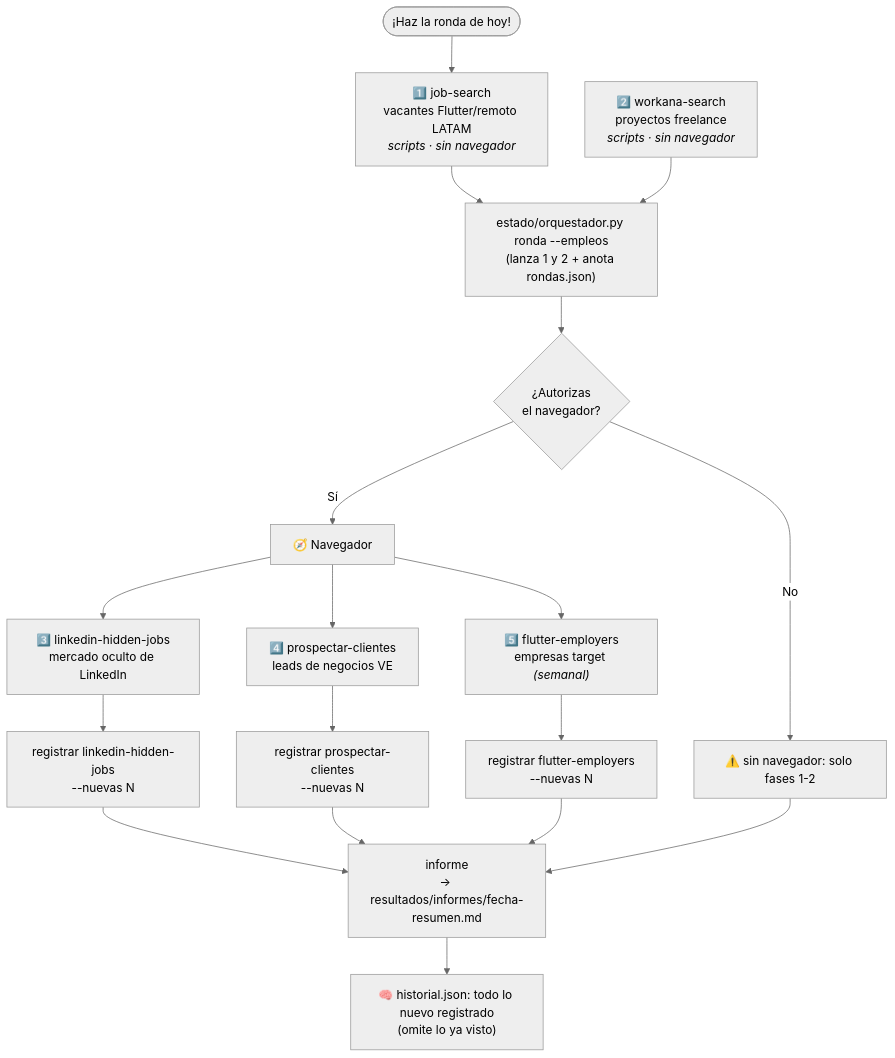
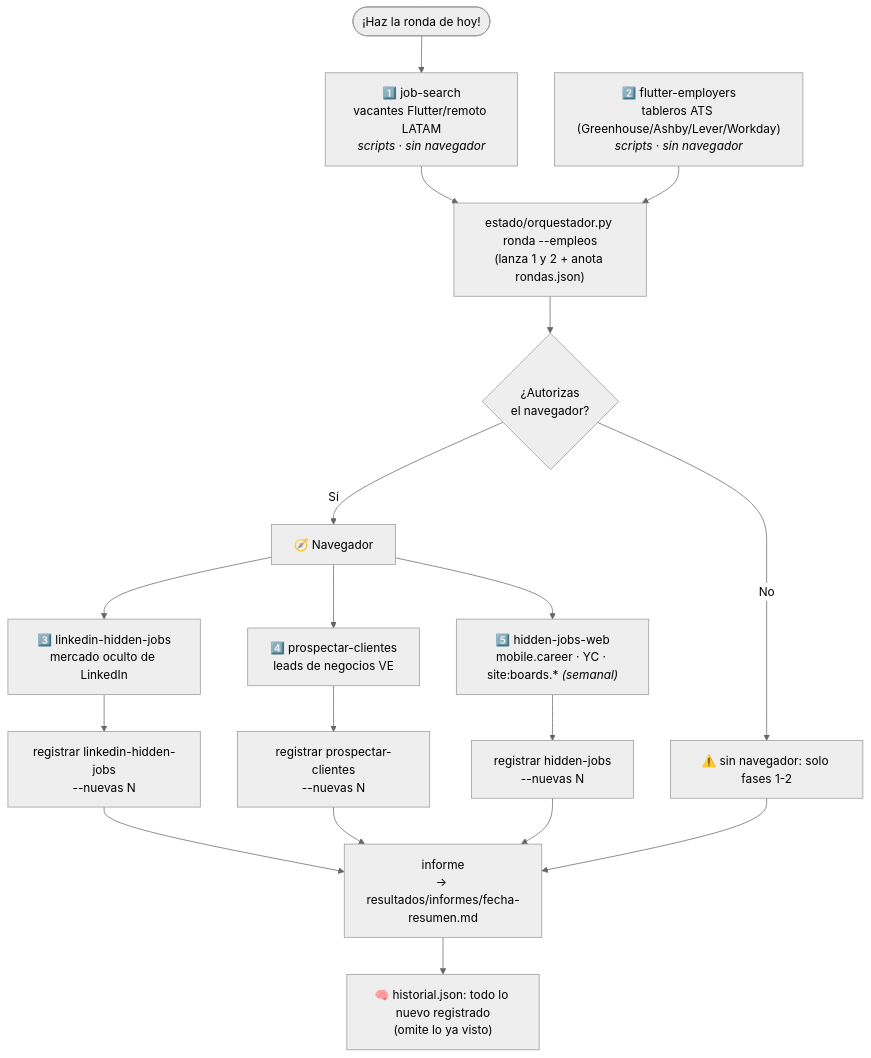
The second of 8 diagrams in docs/DIAGRAMAS.md (IDUCDEV/IDUCDEV-Asistente-Busqueda-Empleo-Clientes), drawn with Mermaid (neutral theme) before and after one commit. The commit also changed other lines of this file and 28 other files, not shown here.

````diff
--- a/docs/DIAGRAMAS.md
+++ b/docs/DIAGRAMAS.md
@@ -49,27 +49,27 @@
 ```mermaid
 flowchart TD
     INICIO([¡Haz la ronda de hoy!]) --> PASO1
 
     PASO1["1️⃣ job-search<br/>vacantes Flutter/remoto LATAM<br/><i>scripts · sin navegador</i>"]
-    PASO2["2️⃣ workana-search<br/>proyectos freelance<br/><i>scripts · sin navegador</i>"]
+    PASO2["2️⃣ flutter-employers<br/>tableros ATS (Greenhouse/Ashby/Lever/Workday)<br/><i>scripts · sin navegador</i>"]
 
     PASO1 & PASO2 --> ORQ["estado/orquestador.py ronda --empleos<br/>(lanza 1 y 2 + anota rondas.json)"]
 
     ORQ --> PREGUNTA{¿Autorizas<br/>el navegador?}
 
     PREGUNTA -- "No" --> ORACULO
     PREGUNTA -- "Sí" --> NAV["🧭 Navegador"]
 
     NAV --> H3["3️⃣ linkedin-hidden-jobs<br/>mercado oculto de LinkedIn"]
     NAV --> H4["4️⃣ prospectar-clientes<br/>leads de negocios VE"]
-    NAV --> H5["5️⃣ flutter-employers<br/>empresas target <i>(semanal)</i>"]
+    NAV --> H5["5️⃣ hidden-jobs-web<br/>mobile.career · YC · site:boards.* <i>(semanal)</i>"]
 
     H3 --> REG3["registrar linkedin-hidden-jobs<br/>--nuevas N"]
     H4 --> REG4["registrar prospectar-clientes<br/>--nuevas N"]
-    H5 --> REG5["registrar flutter-employers<br/>--nuevas N"]
+    H5 --> REG5["registrar hidden-jobs<br/>--nuevas N"]
 
     ORACULO["⚠️ sin navegador: solo fases 1-2"]
 
     REG3 & REG4 & REG5 & ORACULO --> INFORME["informe<br/>→ resultados/informes/fecha-resumen.md"]
     INFORME --> DEDUP["🧠 historial.json: todo lo nuevo registrado<br/>(omite lo ya visto)"]
 ```
````
